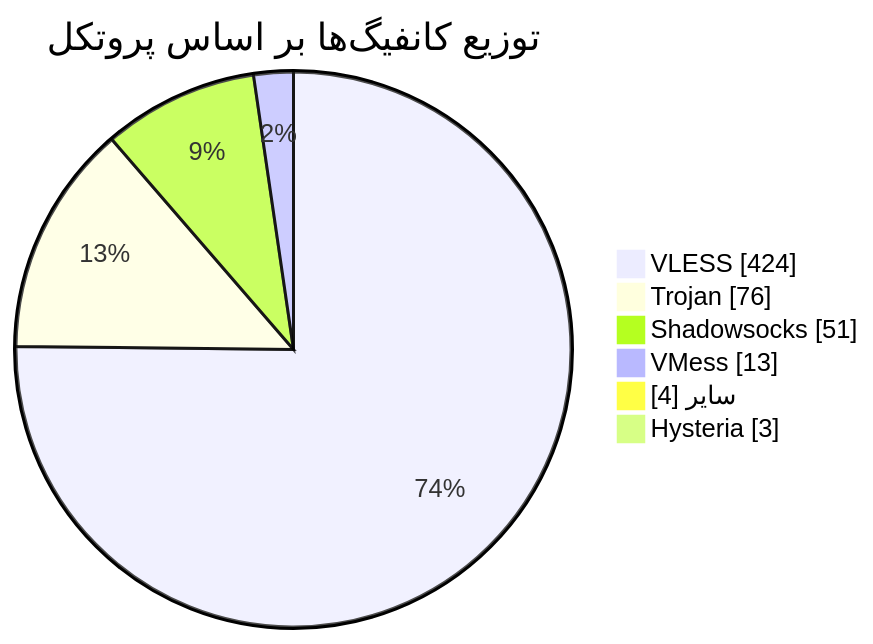
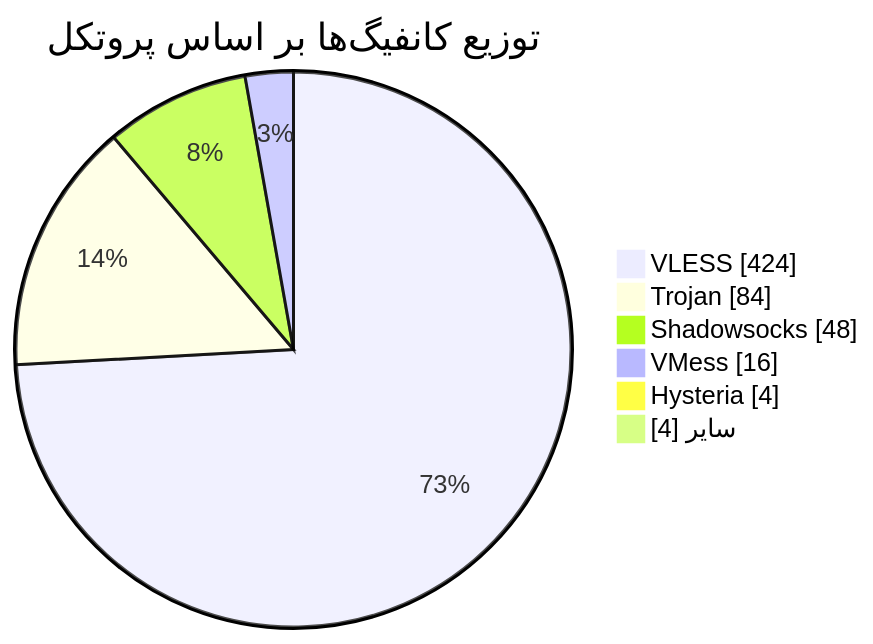
The diagram in README.md (Arian-Alijani/Somthing), drawn with Mermaid before and after one commit. The commit also changed other lines of this file and 17 other files, not shown here.

````diff
--- a/README.md
+++ b/README.md
@@ -48,10 +48,10 @@
 ```mermaid
 pie showData
     title توزیع کانفیگ‌ها بر اساس پروتکل
     "VLESS" : 424
-    "Trojan" : 76
-    "Shadowsocks" : 51
-    "VMess" : 13
+    "Trojan" : 84
+    "Shadowsocks" : 48
+    "VMess" : 16
+    "Hysteria" : 4
     "سایر" : 4
-    "Hysteria" : 3
 ```
````
